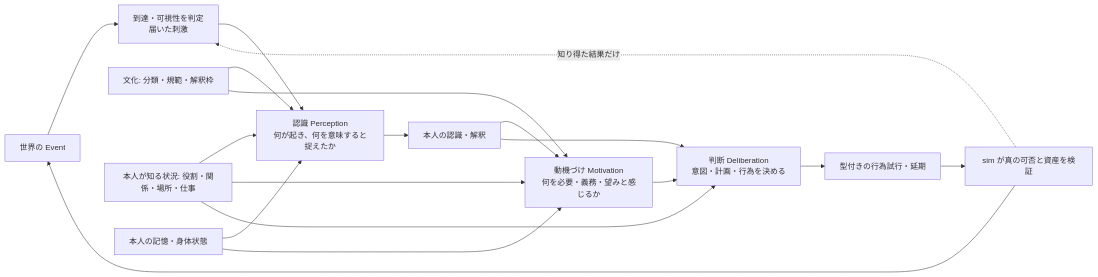
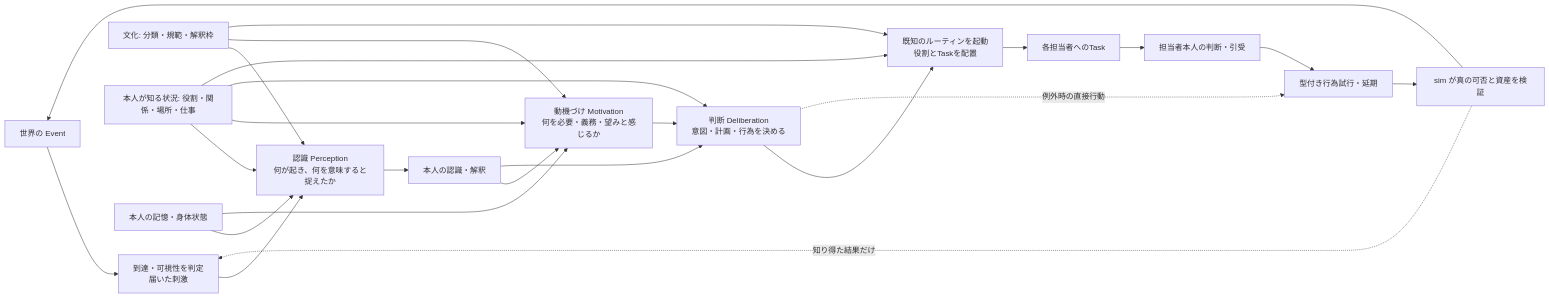
The diagram in docs/AGENT_INTERFACES_v2.md (demerzel09/Medieval-Simulator), drawn with Mermaid before and after one commit. The commit also changed other lines of this file and 5 other files, not shown here.

````diff
--- a/docs/AGENT_INTERFACES_v2.md
+++ b/docs/AGENT_INTERFACES_v2.md
@@ -11,20 +11,26 @@
 ```mermaid
 flowchart LR
   E[世界の Event] --> A[到達・可視性を判定<br/>届いた刺激]
   A --> P[認識 Perception<br/>何が起き、何を意味すると捉えたか]
   C[文化: 分類・規範・解釈枠] --> P
   S[本人が知る状況: 役割・関係・場所・仕事] --> P
   M[本人の記憶・身体状態] --> P
   P --> B[本人の認識・解釈]
   B --> V[動機づけ Motivation<br/>何を必要・義務・望みと感じるか]
   C --> V
   S --> V
   M --> V
   V --> D[判断 Deliberation<br/>意図・計画・行為を決める]
   B --> D
   S --> D
-  D --> T[型付きの行為試行・延期]
+  D --> Q[既知のルーティンを起動<br/>役割とTaskを配置]
+  C --> Q
+  S --> Q
+  Q --> K[各担当者へのTask]
+  K --> J[担当者本人の判断・引受]
+  J --> T[型付き行為試行・延期]
+  D -. 例外時の直接行動 .-> T
   T --> G[sim が真の可否と資産を検証]
   G --> E
   G -. 知り得た結果だけ .-> A
 ```
````
